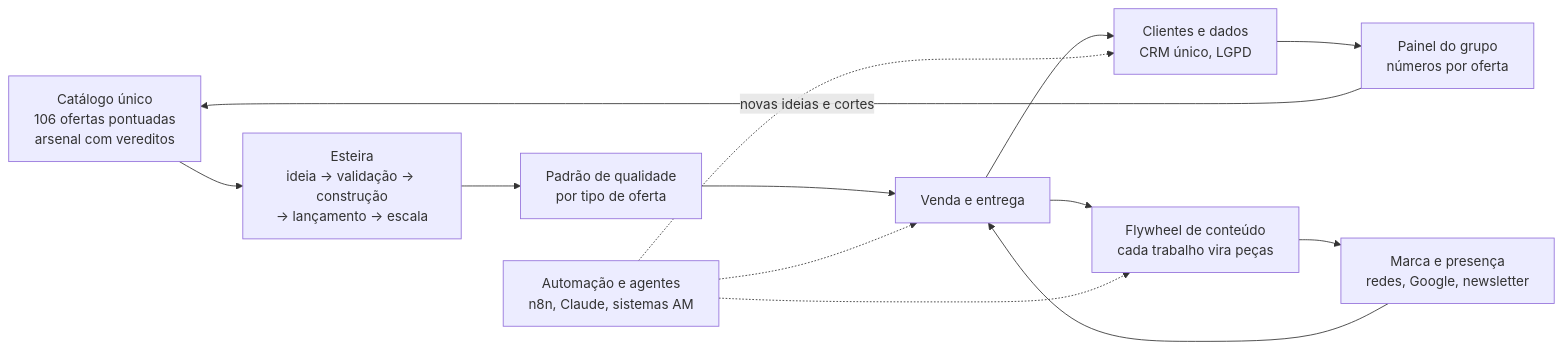
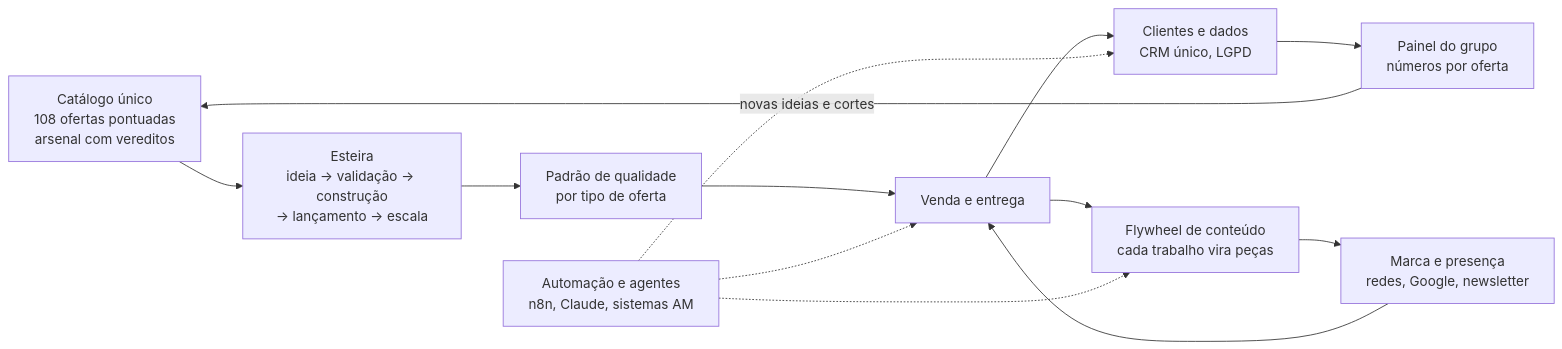
Before and after one commit to AlanMateus17/dev-setup: the diagram in docs/operacao/README.md, drawn with Mermaid. The commit also changed 35 other files, not shown here.

````diff
--- a/docs/operacao/README.md
+++ b/docs/operacao/README.md
@@ -11,15 +11,15 @@
 ```mermaid
 flowchart LR
-  C["Catálogo único<br/>106 ofertas pontuadas<br/>arsenal com vereditos"] --> E["Esteira<br/>ideia → validação → construção<br/>→ lançamento → escala"]
+  C["Catálogo único<br/>108 ofertas pontuadas<br/>arsenal com vereditos"] --> E["Esteira<br/>ideia → validação → construção<br/>→ lançamento → escala"]
   E --> Q["Padrão de qualidade<br/>por tipo de oferta"]
   Q --> V["Venda e entrega"]
   V --> D["Clientes e dados<br/>CRM único, LGPD"]
   V --> F["Flywheel de conteúdo<br/>cada trabalho vira peças"]
   F --> M["Marca e presença<br/>redes, Google, newsletter"]
   M --> V
   D --> P["Painel do grupo<br/>números por oferta"]
   P -->|"novas ideias e cortes"| C
   A["Automação e agentes<br/>n8n, Claude, sistemas AM"] -.-> V
   A -.-> F
   A -.-> D
 ```
````
